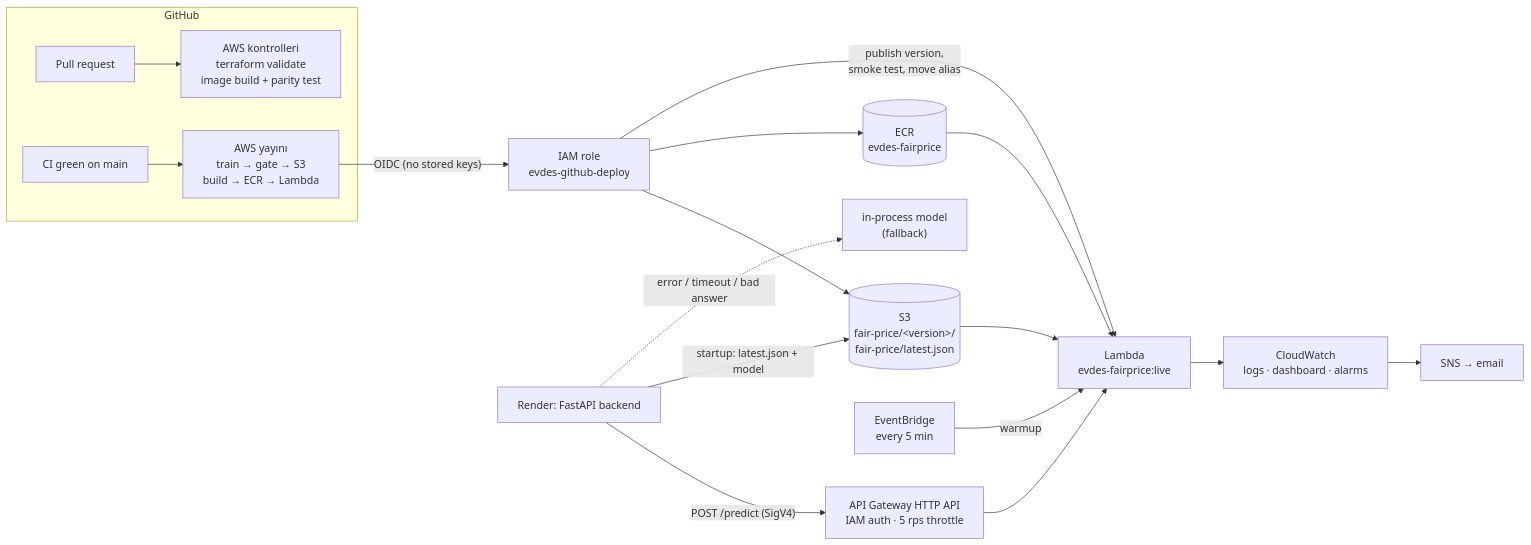
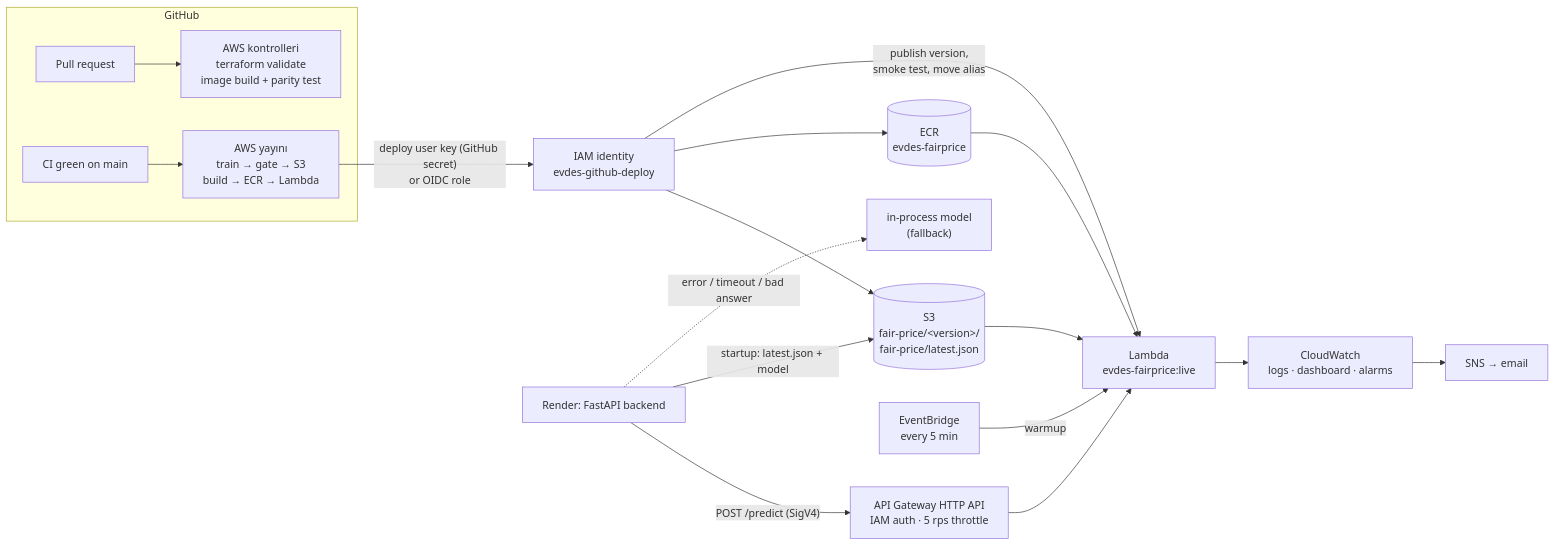
One commit to bariskiratt/istanbul-roommate-platform changed the diagram in docs/AWS.md. Above: the diagram before and after it, drawn with Mermaid. The commit also changed other lines of this file and 12 other files, not shown here.

````diff
--- a/docs/AWS.md
+++ b/docs/AWS.md
@@ -26,21 +26,21 @@
 ```mermaid
 flowchart LR
   subgraph GitHub
     PR["Pull request"] --> CHECKS["AWS kontrolleri<br/>terraform validate<br/>image build + parity test"]
     CI["CI green on main"] --> DEPLOY["AWS yayını<br/>train → gate → S3<br/>build → ECR → Lambda"]
   end
 
-  DEPLOY -- "OIDC (no stored keys)" --> ROLE["IAM role<br/>evdes-github-deploy"]
+  DEPLOY -- "deploy user key (GitHub secret)<br/>or OIDC role" --> ROLE["IAM identity<br/>evdes-github-deploy"]
   ROLE --> S3[("S3<br/>fair-price/&lt;version&gt;/<br/>fair-price/latest.json")]
   ROLE --> ECR[("ECR<br/>evdes-fairprice")]
   ROLE -- "publish version,<br/>smoke test, move alias" --> LAMBDA["Lambda<br/>evdes-fairprice:live"]
 
   RENDER["Render: FastAPI backend"] -- "POST /predict (SigV4)" --> APIGW["API Gateway HTTP API<br/>IAM auth · 5 rps throttle"]
   APIGW --> LAMBDA
   RENDER -- "startup: latest.json + model" --> S3
   RENDER -. "error / timeout / bad answer" .-> LOCAL["in-process model<br/>(fallback)"]
   ECR --> LAMBDA
   S3 --> LAMBDA
   WARM["EventBridge<br/>every 5 min"] -- "warmup" --> LAMBDA
   LAMBDA --> CW["CloudWatch<br/>logs · dashboard · alarms"] --> SNS["SNS → email"]
 ```
````
